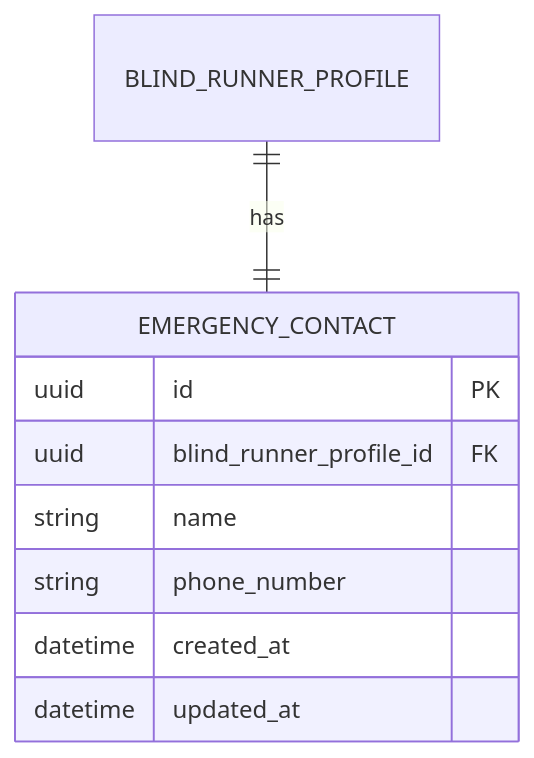
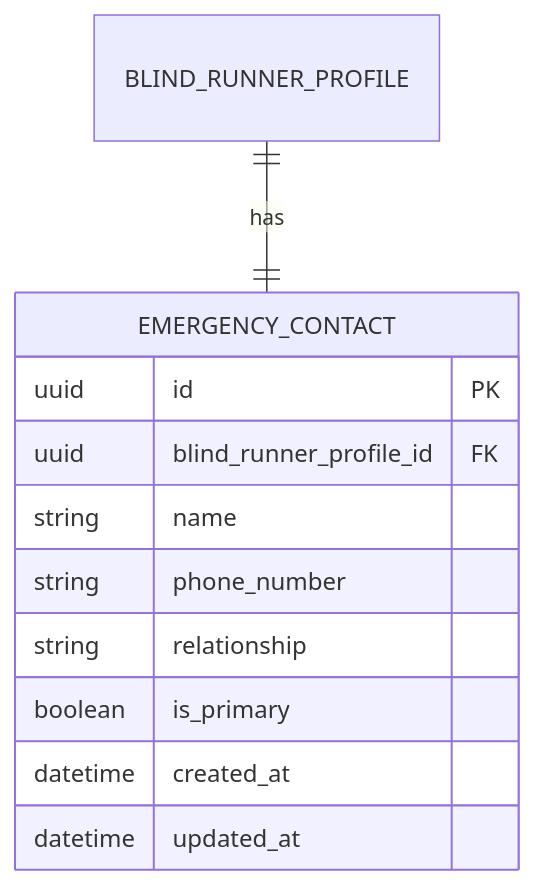
One commit to Jayden23018/blind-run-ios changed the sixth of 8 diagrams in .qoder/repowiki/zh/content/API 接口文档/API 接口文档.md. Above: the diagram before and after it, drawn with Mermaid. The commit also changed other lines of this file and 23 other files, not shown here.

Commit message:
Implement MVP booking and volunteer flow updates

````diff
--- a/.qoder/repowiki/zh/content/API 接口文档/API 接口文档.md
+++ b/.qoder/repowiki/zh/content/API 接口文档/API 接口文档.md
@@ -1349,12 +1187,14 @@
 ```mermaid
 erDiagram
 EMERGENCY_CONTACT {
 uuid id PK
 uuid blind_runner_profile_id FK
 string name
 string phone_number
+string relationship
+boolean is_primary
 datetime created_at
 datetime updated_at
 }
 BLIND_RUNNER_PROFILE ||--|| EMERGENCY_CONTACT : has
 ```
````
